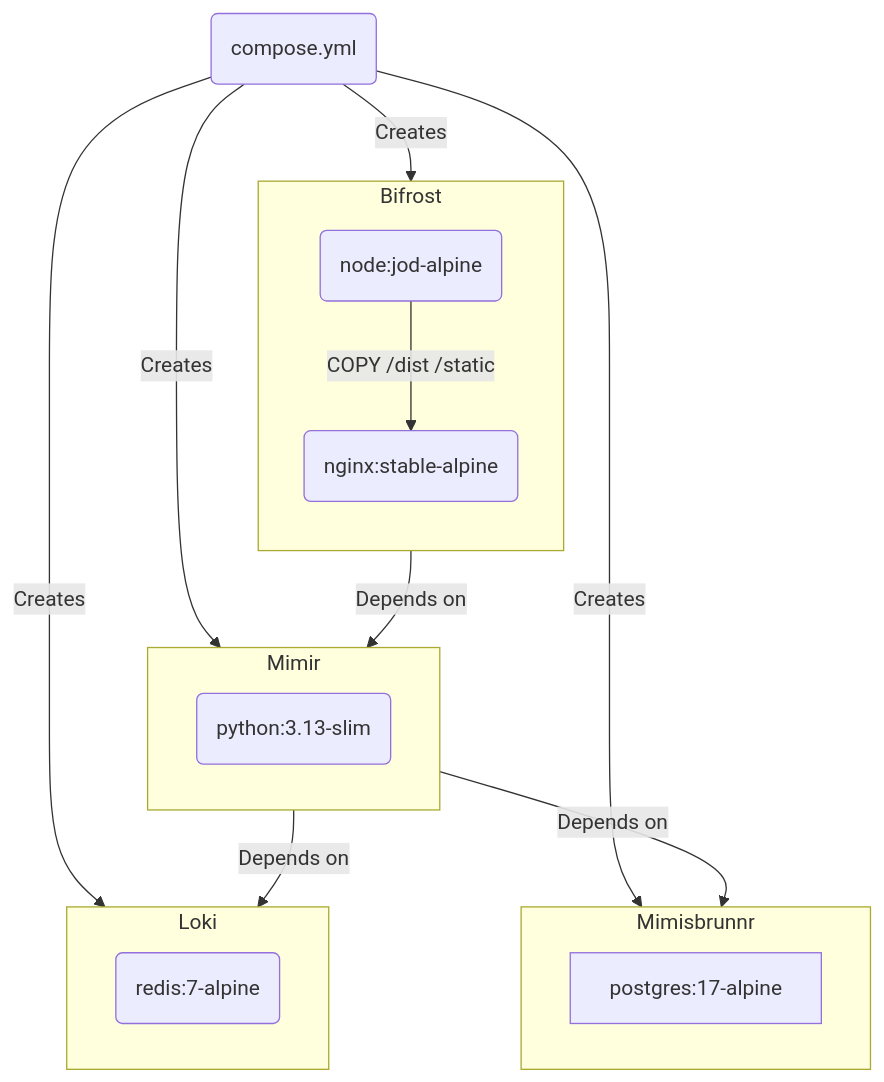
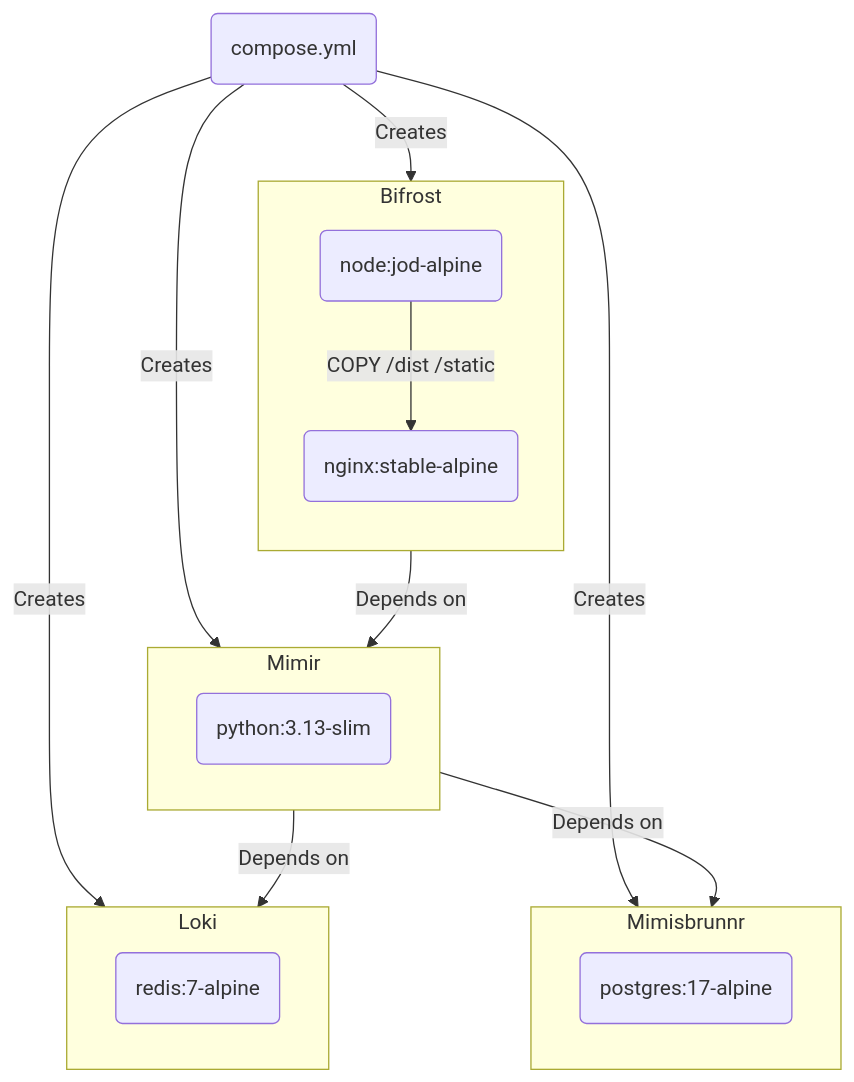
One commit to matthew-shaw/conflux changed the first of 2 diagrams in README.md. Above: the diagram before and after it, drawn with Mermaid. The commit also changed other lines of this file, not shown here.

Commit message:
diagram tweaks

````diff
--- a/README.md
+++ b/README.md
@@ -57,29 +59,30 @@
 ```mermaid
 flowchart TB
     compose(compose.yml)
     nginx(nginx:stable-alpine)
     node(node:jod-alpine)
+    postgres(postgres:17-alpine)
     python(python:3.13-slim)
     redis(redis:7-alpine)
 
     compose -- Creates --> Mimir & Loki & Bifrost & Mimisbrunnr
     Mimir -- Depends on --> Loki & Mimisbrunnr
     Bifrost -- Depends on --> Mimir
 
+    subgraph Bifrost
+        direction TB
+        node -- COPY /dist /static --> nginx
+    end
+
     subgraph Mimir
         python
     end
 
     subgraph Mimisbrunnr
-        postgres:17-alpine
+        postgres
     end
 
     subgraph Loki
         redis
     end
-
-    subgraph Bifrost
-        direction TB
-        node -- COPY /dist /static --> nginx
-    end
 ```
````
